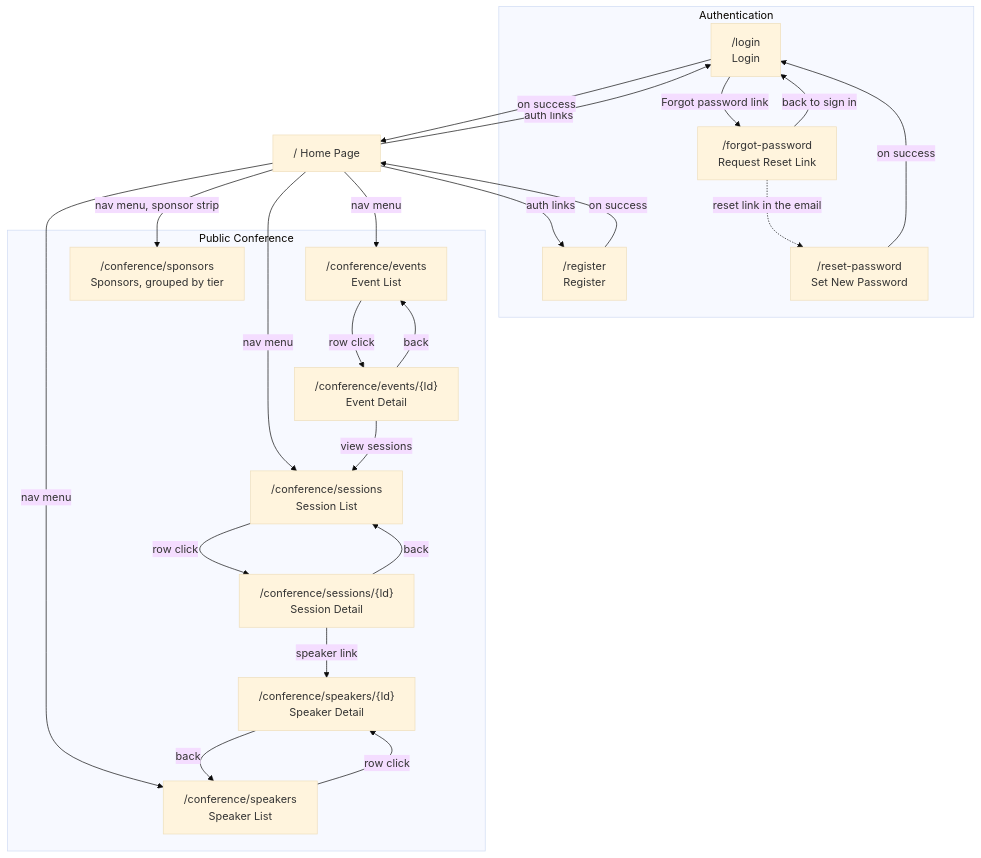
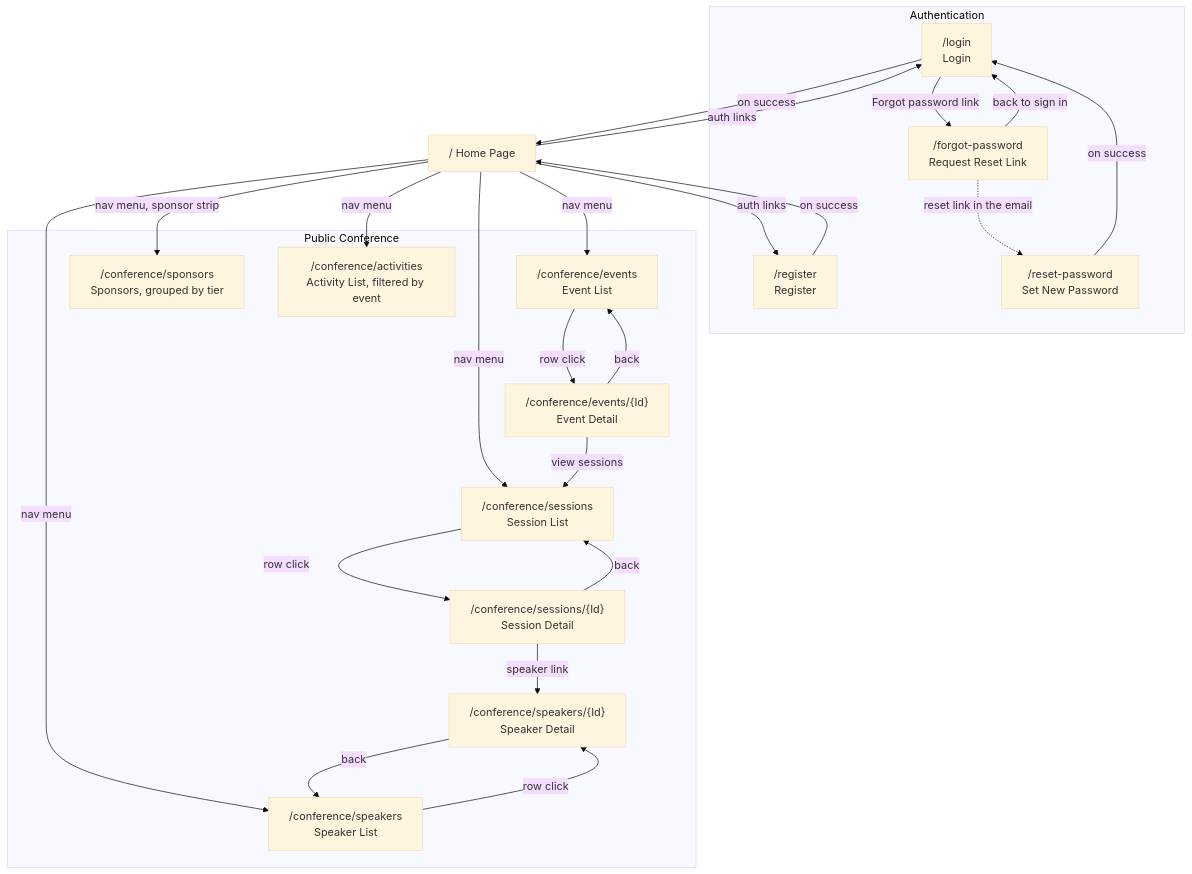
Before and after one commit to ivanball/ivanball.github.io: the first of 13 diagrams in docs-src/guides/adc-NavigationFlow.md, drawn with Mermaid (base theme). The commit also changed other lines of this file and 123 other files, not shown here.

````diff
--- a/docs-src/guides/adc-NavigationFlow.md
+++ b/docs-src/guides/adc-NavigationFlow.md
@@ -22,47 +22,49 @@
 ```mermaid
 flowchart TD
     subgraph Auth["Authentication"]
         Login["/login<br/>Login"]
         Register["/register<br/>Register"]
         ForgotPassword["/forgot-password<br/>Request Reset Link"]
         ResetPassword["/reset-password<br/>Set New Password"]
     end
 
     subgraph Public["Public Conference"]
         PubEvents["/conference/events<br/>Event List"]
         PubEventDetail["/conference/events/{Id}<br/>Event Detail"]
         PubSessions["/conference/sessions<br/>Session List"]
         PubSessionDetail["/conference/sessions/{Id}<br/>Session Detail"]
         PubSpeakers["/conference/speakers<br/>Speaker List"]
         PubSpeakerDetail["/conference/speakers/{Id}<br/>Speaker Detail"]
         PubSponsors["/conference/sponsors<br/>Sponsors, grouped by tier"]
+        PubActivities["/conference/activities<br/>Activity List, filtered by event"]
     end
 
     Home["/  Home Page"]
 
     Home -->|nav menu| PubEvents
     Home -->|nav menu| PubSessions
     Home -->|nav menu| PubSpeakers
     Home -->|nav menu, sponsor strip| PubSponsors
+    Home -->|nav menu| PubActivities
     Home -->|auth links| Login
     Home -->|auth links| Register
 
     Login -->|on success| Home
     Register -->|on success| Home
 
     Login -->|Forgot password link| ForgotPassword
     ForgotPassword -->|back to sign in| Login
     ForgotPassword -.->|reset link in the email| ResetPassword
     ResetPassword -->|on success| Login
 
     PubEvents -->|row click| PubEventDetail
     PubEventDetail -->|back| PubEvents
     PubEventDetail -->|view sessions| PubSessions
 
     PubSessions -->|row click| PubSessionDetail
     PubSessionDetail -->|back| PubSessions
     PubSessionDetail -->|speaker link| PubSpeakerDetail
 
     PubSpeakers -->|row click| PubSpeakerDetail
     PubSpeakerDetail -->|back| PubSpeakers
 ```
````
